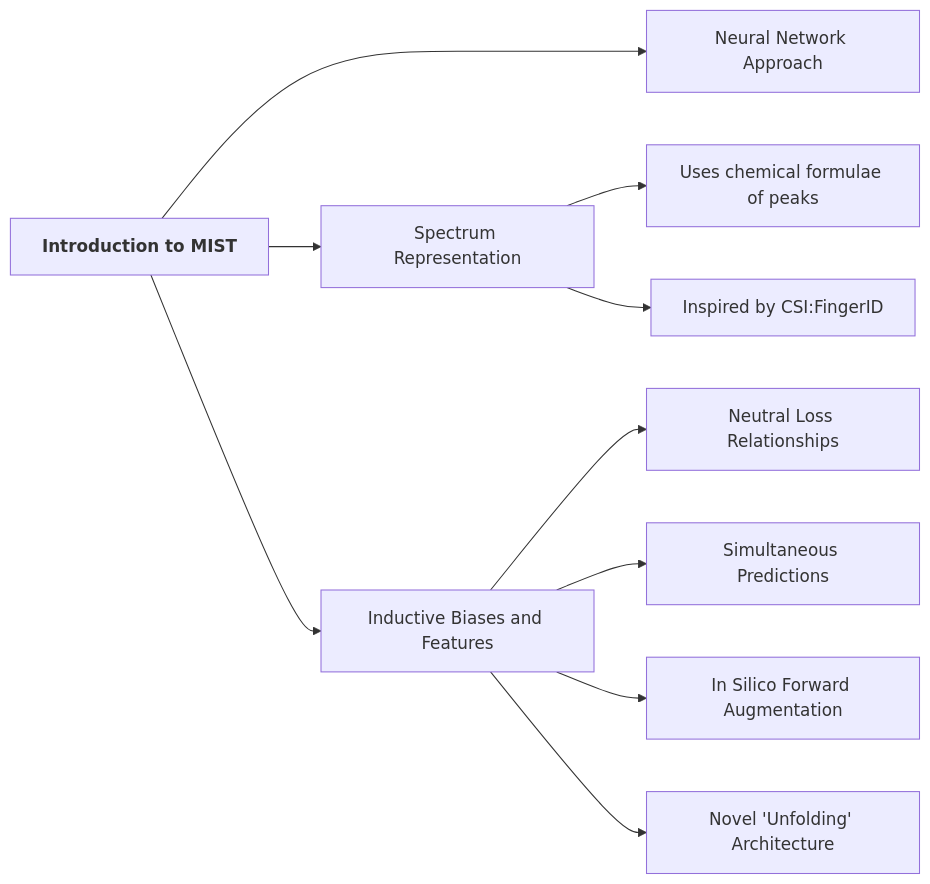
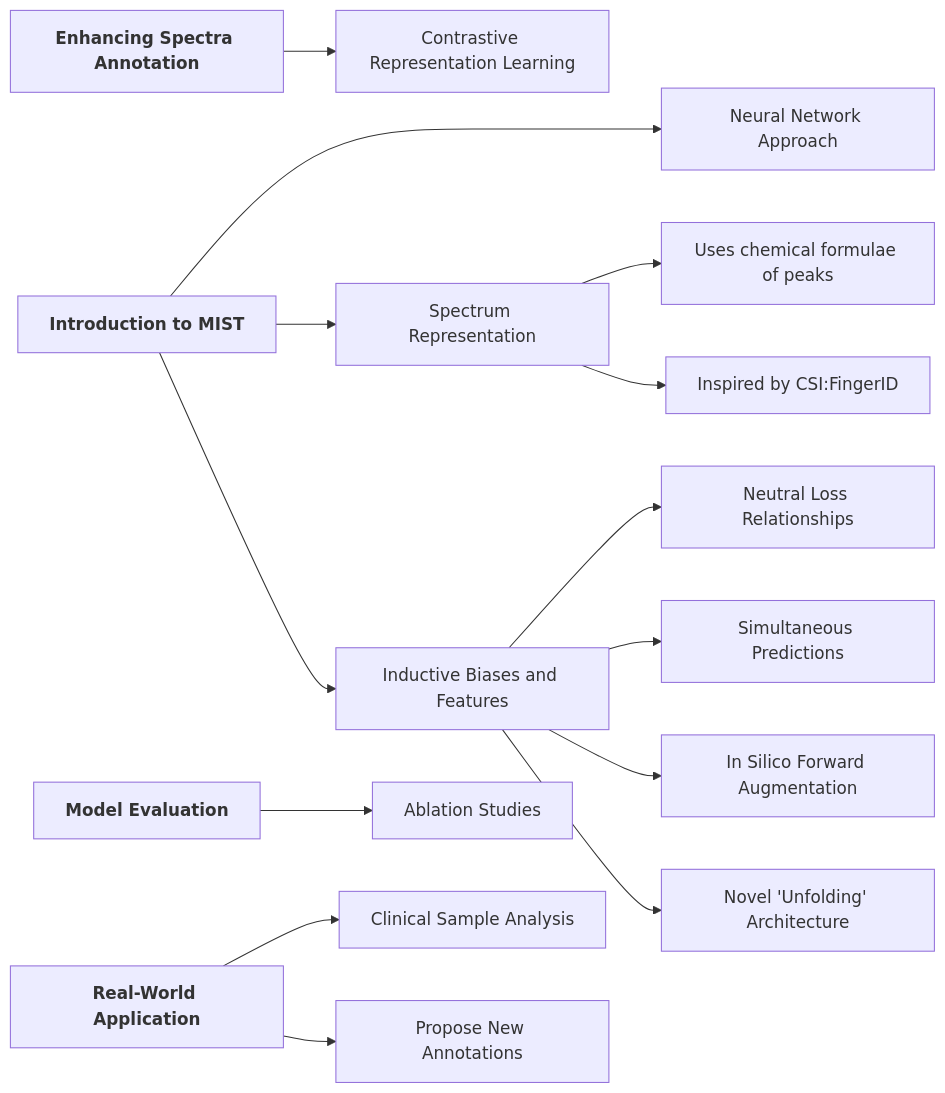
The diagram in papers/Metabolite_MS_Transformer/annotating-metabolite-mass-spectra-with-domain-inspired-chemical-formula-transformers.md (lamalab-org/toolminutes), drawn with Mermaid before and after one commit.

Commit message:
flowchart

````diff
--- a/papers/Metabolite_MS_Transformer/annotating-metabolite-mass-spectra-with-domain-inspired-chemical-formula-transformers.md
+++ b/papers/Metabolite_MS_Transformer/annotating-metabolite-mass-spectra-with-domain-inspired-chemical-formula-transformers.md
@@ -7,14 +7,20 @@
 ```mermaid
 %%{init: {"flowchart": {"htmlLabels": true}} }%%
 flowchart LR;
 
 Introduction_MIST["<b><center>Introduction to MIST</center></b>"] ---> Neural_Network_Approach["Neural Network Approach"];
 Introduction_MIST --> Spectrum_Representation["Spectrum Representation"];
 Introduction_MIST --> Inductive_Biases_and_Features["Inductive Biases and Features"];
 Inductive_Biases_and_Features --> Neutral_Loss_Relationships["Neutral Loss Relationships"];
 Inductive_Biases_and_Features --> Simultaneous_Predictions["Simultaneous Predictions"];
 Inductive_Biases_and_Features --> In_Silico_Forward_Augmentation["In Silico Forward Augmentation"];
 Inductive_Biases_and_Features --> Novel_Unfolding_Architecture["Novel 'Unfolding' Architecture"];
 Spectrum_Representation --> Chemical_Formulae_of_Peaks["Uses chemical formulae of peaks"];
 Spectrum_Representation --> Inspired_by_CSI_FingerID["Inspired by CSI:FingerID"];
+
+Enhancing_Spectra_Annotation["<b><center>Enhancing Spectra Annotation</center></b>"] --> Contrastive_Representation_Learning["Contrastive Representation Learning"];
+Model_Evaluation["<b><center>Model Evaluation</center></b>"] --> Ablation_Studies["Ablation Studies"];
+Real_World_Application["<b><center>Real-World Application</center></b>"] --> Clinical_Sample_Analysis["Clinical Sample Analysis"];
+Real_World_Application --> Propose_New_Annotations["Propose New Annotations"];
+
 ```
````
